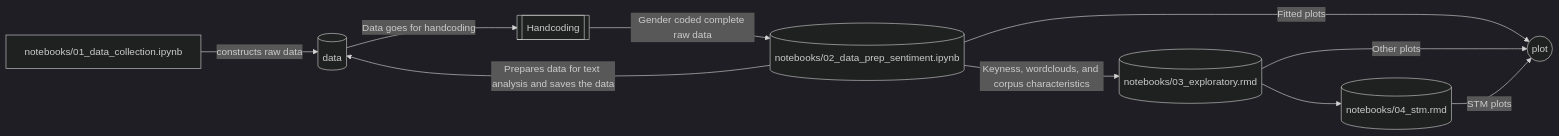
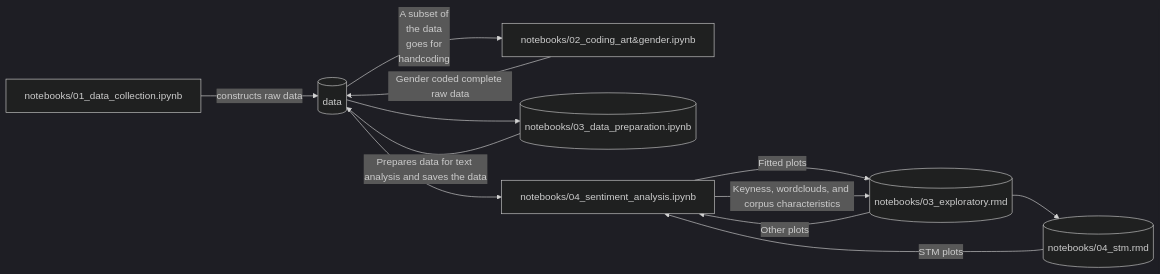
The second of 2 diagrams in README.md (TAD600/Audience_Discourse_Gender_Stereotype), drawn with Mermaid (dark theme) before and after one commit. The commit also changed other lines of this file, not shown here.

````diff
--- a/README.md
+++ b/README.md
@@ -9,13 +27,15 @@
 ```mermaid
 flowchart LR
     A[notebooks/01_data_collection.ipynb] -->|constructs raw data| B[(data)]
-    B -->|Data goes for handcoding| C[[Handcoding]]
-    C -->|Gender coded complete raw data| D[(notebooks/02_data_prep_sentiment.ipynb)]
+    B -->|A subset of\n the data\n goes for\n handcoding| C[notebooks/02_coding_art&gender.ipynb]
+    C -->|Gender coded complete raw data|B
+    B --> D[(notebooks/03_data_preparation.ipynb)]
     D -->|Prepares data for text analysis and saves the data| B
-    D -->|Fitted plots| E((plot))
-    D -->|Keyness, wordclouds, and corpus characteristics| F[(notebooks/03_exploratory.rmd)]
+    B --> E[notebooks/04_sentiment_analysis.ipynb]
+    E -->|Fitted plots| F((plots))
+    E -->|Keyness, wordclouds, and corpus characteristics| F[(notebooks/03_exploratory.rmd)]
     F --> |Other plots|E
     F --> G[(notebooks/04_stm.rmd)]
     G --> |STM plots|E
 
 ```
````
